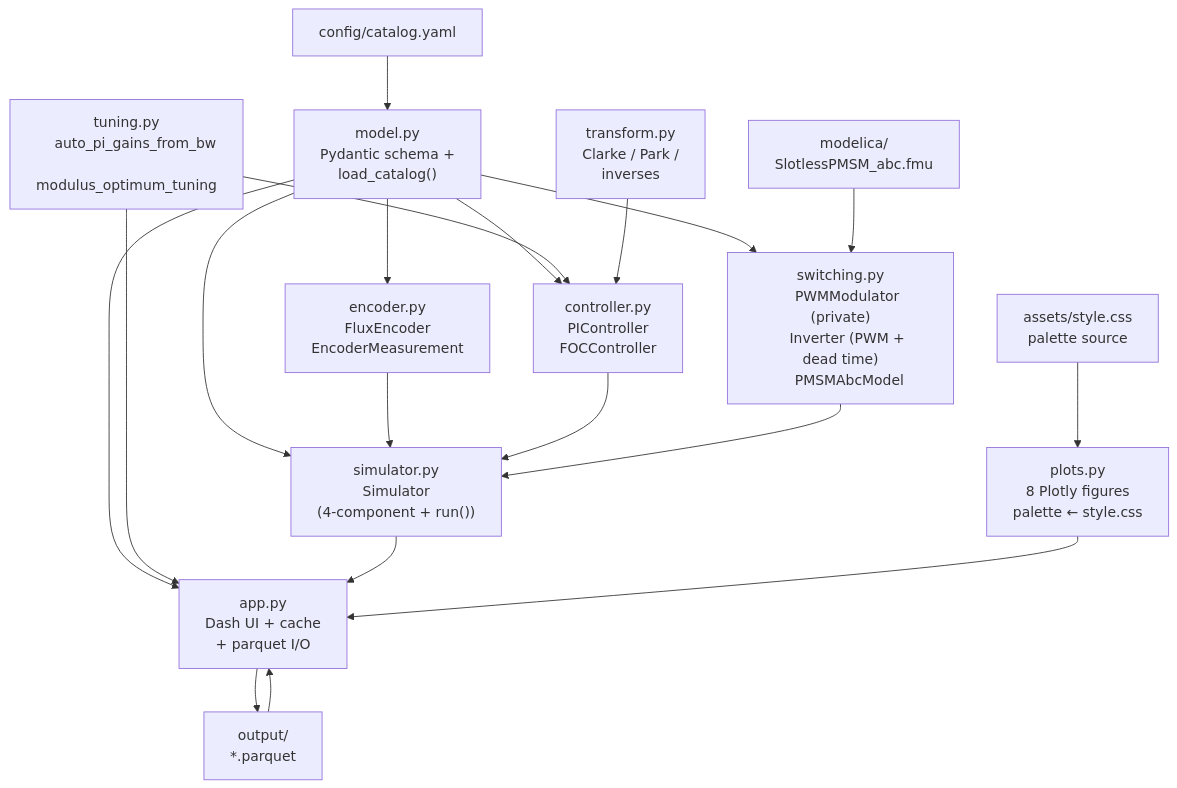
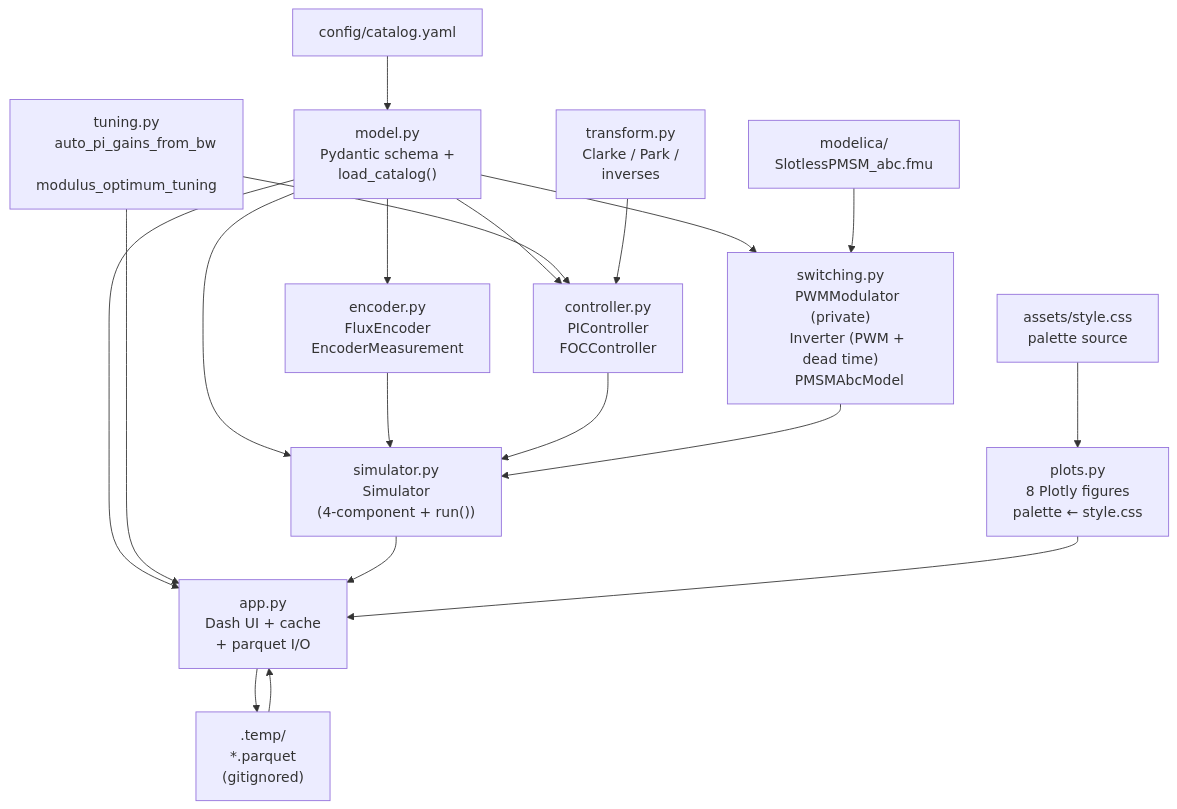
One commit to PhillipMaree/slimtorq-control changed the third of 3 diagrams in README.md. Above: the diagram before and after it, drawn with Mermaid. The commit also changed other lines of this file and 3 other files, not shown here.

````diff
--- a/README.md
+++ b/README.md
@@ -89,57 +89,58 @@
 ```mermaid
 graph TD
     catalog["config/catalog.yaml"]
     model["model.py
     Pydantic schema +
     load_catalog()"]
     tuning["tuning.py
     auto_pi_gains_from_bw
     modulus_optimum_tuning"]
     transform["transform.py
     Clarke / Park /
     inverses"]
     controller["controller.py
     PIController
     FOCController"]
     encoder["encoder.py
     FluxEncoder
     EncoderMeasurement"]
     switching["switching.py
     PWMModulator (private)
     Inverter (PWM + dead time)
     PMSMAbcModel"]
     fmu["modelica/
     SlotlessPMSM_abc.fmu"]
     simulator["simulator.py
     Simulator
     (4-component + run())"]
     plots["plots.py
     8 Plotly figures
     palette ← style.css"]
     css["assets/style.css
     palette source"]
     app["app.py
     Dash UI + cache
     + parquet I/O"]
-    parquet["output/
-    *.parquet"]
+    parquet[".temp/
+    *.parquet
+    (gitignored)"]
 
     catalog --> model
     model --> controller
     model --> switching
     model --> encoder
     model --> simulator
     model --> app
     tuning --> controller
     tuning --> app
     transform --> controller
     encoder --> simulator
     controller --> simulator
     switching --> simulator
     fmu --> switching
     simulator --> app
     css --> plots
     plots --> app
     app --> parquet
     parquet --> app
 ```
````
